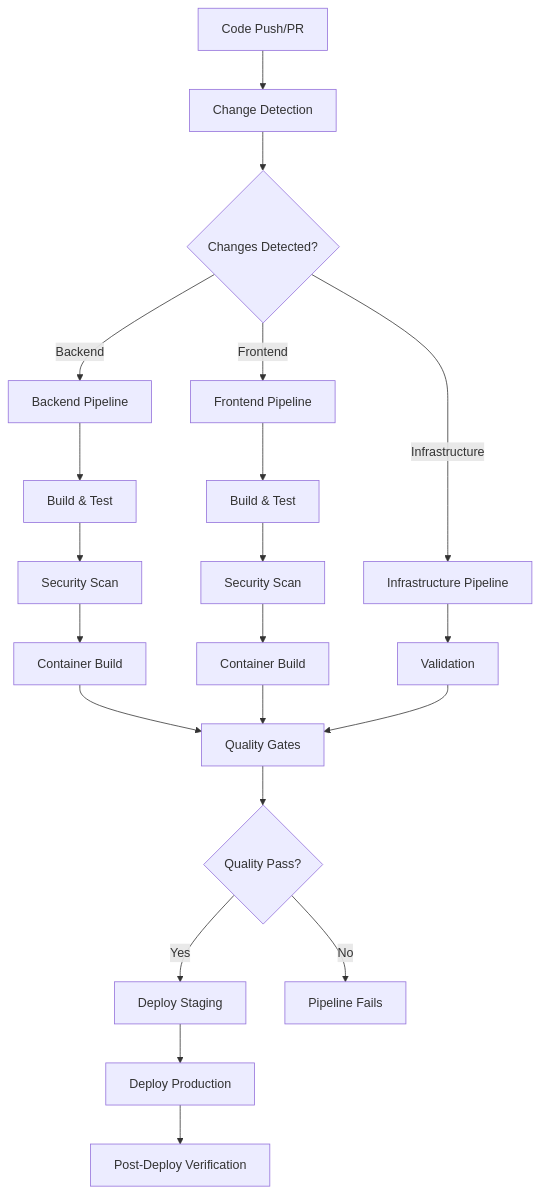
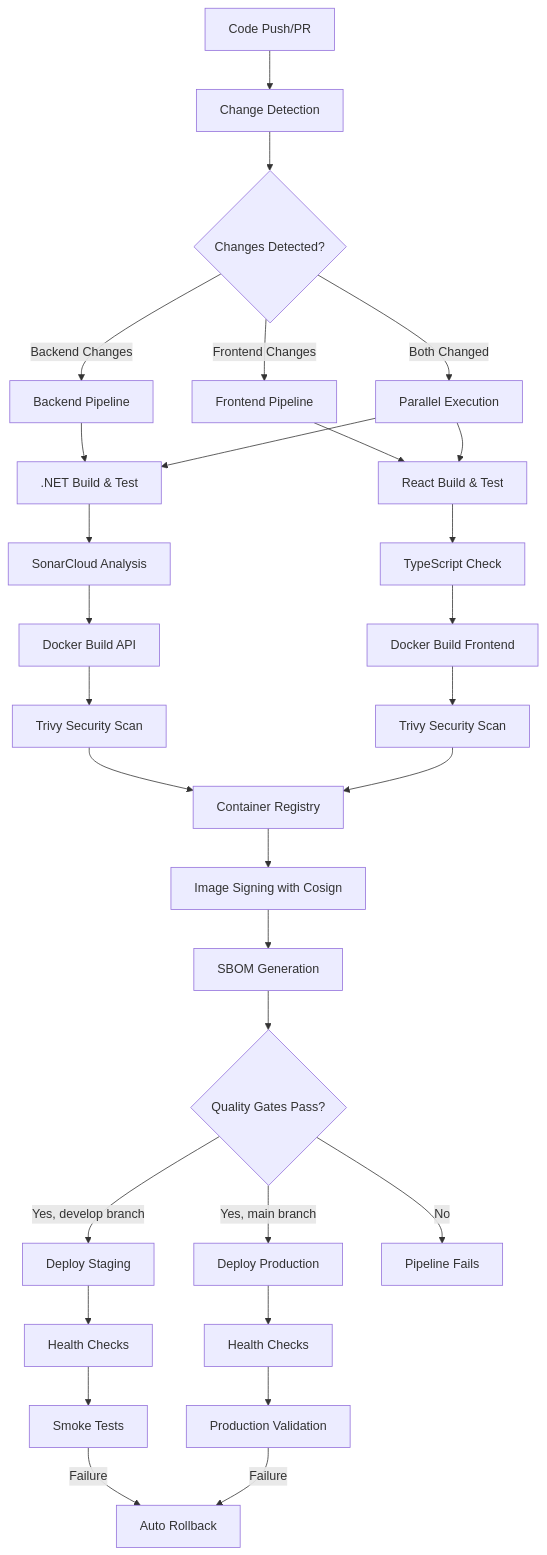
The diagram in Docs/ci-cd/index.md (ribatshepo/WorkFlowOchestrator), drawn with Mermaid before and after one commit. The commit also changed other lines of this file and 3 other files, not shown here.

First line of the commit message:
Enhance CI/CD Documentation and Architecture

````diff
--- a/Docs/ci-cd/index.md
+++ b/Docs/ci-cd/index.md
@@ -76,29 +91,42 @@
 ```mermaid
 graph TD
     A[Code Push/PR] --> B[Change Detection]
     B --> C{Changes Detected?}
-    C -->|Backend| D[Backend Pipeline]
-    C -->|Frontend| E[Frontend Pipeline]
-    C -->|Infrastructure| F[Infrastructure Pipeline]
+    C -->|Backend Changes| D[Backend Pipeline]
+    C -->|Frontend Changes| E[Frontend Pipeline]
+    C -->|Both Changed| F[Parallel Execution]
     
-    D --> G[Build & Test]
-    E --> H[Build & Test]
-    F --> I[Validation]
+    D --> G[.NET Build & Test]
+    E --> H[React Build & Test]
+    F --> G
+    F --> H
     
-    G --> J[Security Scan]
-    H --> K[Security Scan]
+    G --> I[SonarCloud Analysis]
+    H --> J[TypeScript Check]
     
-    J --> L[Container Build]
-    K --> M[Container Build]
+    I --> K[Docker Build API]
+    J --> L[Docker Build Frontend]
     
-    L --> N[Quality Gates]
-    M --> N
-    I --> N
+    K --> M[Trivy Security Scan]
+    L --> N[Trivy Security Scan]
     
-    N --> O{Quality Pass?}
-    O -->|Yes| P[Deploy Staging]
-    O -->|No| Q[Pipeline Fails]
+    M --> O[Container Registry]
+    N --> O
     
-    P --> R[Deploy Production]
-    R --> S[Post-Deploy Verification]
+    O --> P[Image Signing with Cosign]
+    P --> Q[SBOM Generation]
+    
+    Q --> R{Quality Gates Pass?}
+    R -->|Yes, develop branch| S[Deploy Staging]
+    R -->|Yes, main branch| T[Deploy Production]
+    R -->|No| U[Pipeline Fails]
+    
+    S --> V[Health Checks]
+    T --> W[Health Checks]
+    
+    V --> X[Smoke Tests]
+    W --> Y[Production Validation]
+    
+    X -->|Failure| Z[Auto Rollback]
+    Y -->|Failure| Z
 ```
````
